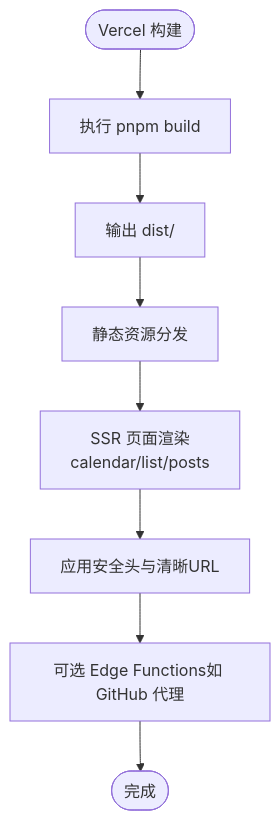
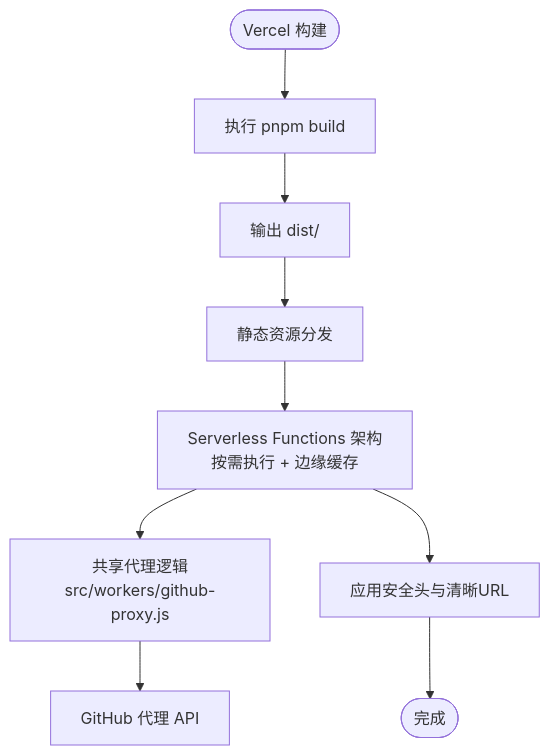
Before and after one commit to olx2990684400-sketch/olx-my-blog: the fourth of 6 diagrams in .qoder/repowiki/zh/content/构建与部署/部署平台配置.md, drawn with Mermaid. The commit also changed other lines of this file and 74 other files, not shown here.

````diff
--- a/.qoder/repowiki/zh/content/构建与部署/部署平台配置.md
+++ b/.qoder/repowiki/zh/content/构建与部署/部署平台配置.md
@@ -202,10 +215,11 @@
 ```mermaid
 flowchart TD
 Start(["Vercel 构建"]) --> Cmd["执行 pnpm build"]
 Cmd --> Out["输出 dist/"]
 Out --> Static["静态资源分发"]
-Static --> SSR["SSR 页面渲染<br/>calendar/list/posts"]
-SSR --> Headers["应用安全头与清晰URL"]
-Headers --> Edge["可选 Edge Functions如 GitHub 代理"]
-Edge --> Done(["完成"])
+Static --> SF["Serverless Functions 架构<br/>按需执行 + 边缘缓存"]
+SF --> Shared["共享代理逻辑<br/>src/workers/github-proxy.js"]
+Shared --> GH["GitHub 代理 API"]
+SF --> Headers["应用安全头与清晰URL"]
+Headers --> Done(["完成"])
 ```
````
